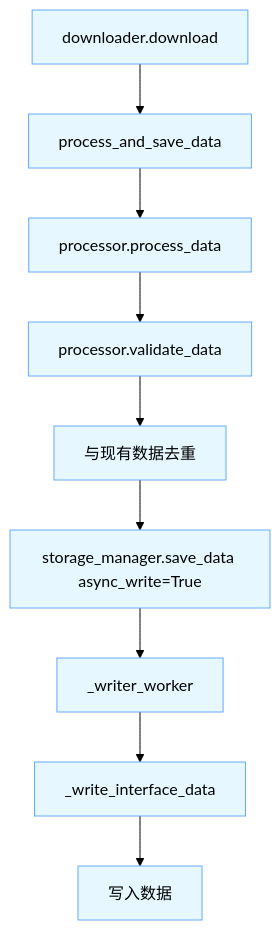
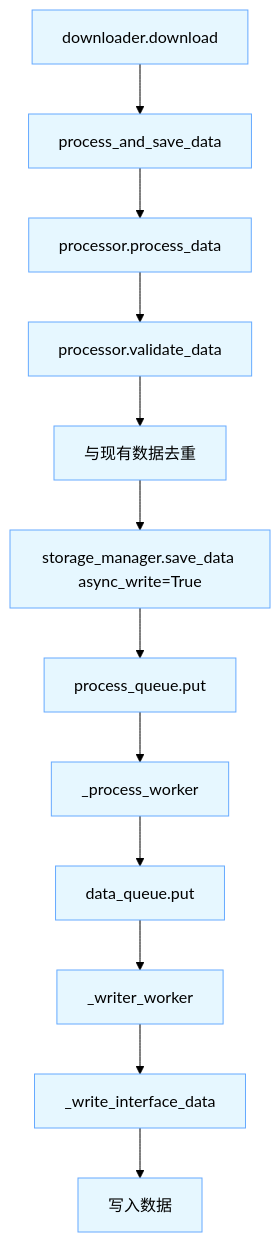
Diagram 16 of 16 in p/main_to_interface_flow.md (k2o333/quantaalpha), drawn with Mermaid (forest theme) before and after one commit. The commit also changed other lines of this file and 3 other files, not shown here.

````diff
--- a/p/main_to_interface_flow.md
+++ b/p/main_to_interface_flow.md
@@ -341,21 +399,27 @@
 ```mermaid
 graph TD
     A[downloader.download] --> B[process_and_save_data]
     B --> C[processor.process_data]
     C --> D[processor.validate_data]
     D --> E[与现有数据去重]
     E --> F[storage_manager.save_data async_write=True]
-    F --> G[_writer_worker]
-    G --> H[_write_interface_data]
-    H --> I[写入数据]
+    F --> G[process_queue.put]
+    G --> H[_process_worker]
+    H --> I[data_queue.put]
+    I --> J[_writer_worker]
+    J --> K[_write_interface_data]
+    K --> L[写入数据]
 
     style A fill:#e6f7ff,stroke:#66aaff
     style B fill:#e6f7ff,stroke:#66aaff
     style C fill:#e6f7ff,stroke:#66aaff
     style D fill:#e6f7ff,stroke:#66aaff
     style E fill:#e6f7ff,stroke:#66aaff
     style F fill:#e6f7ff,stroke:#66aaff
     style G fill:#e6f7ff,stroke:#66aaff
     style H fill:#e6f7ff,stroke:#66aaff
     style I fill:#e6f7ff,stroke:#66aaff
+    style J fill:#e6f7ff,stroke:#66aaff
+    style K fill:#e6f7ff,stroke:#66aaff
+    style L fill:#e6f7ff,stroke:#66aaff
 ```
````
